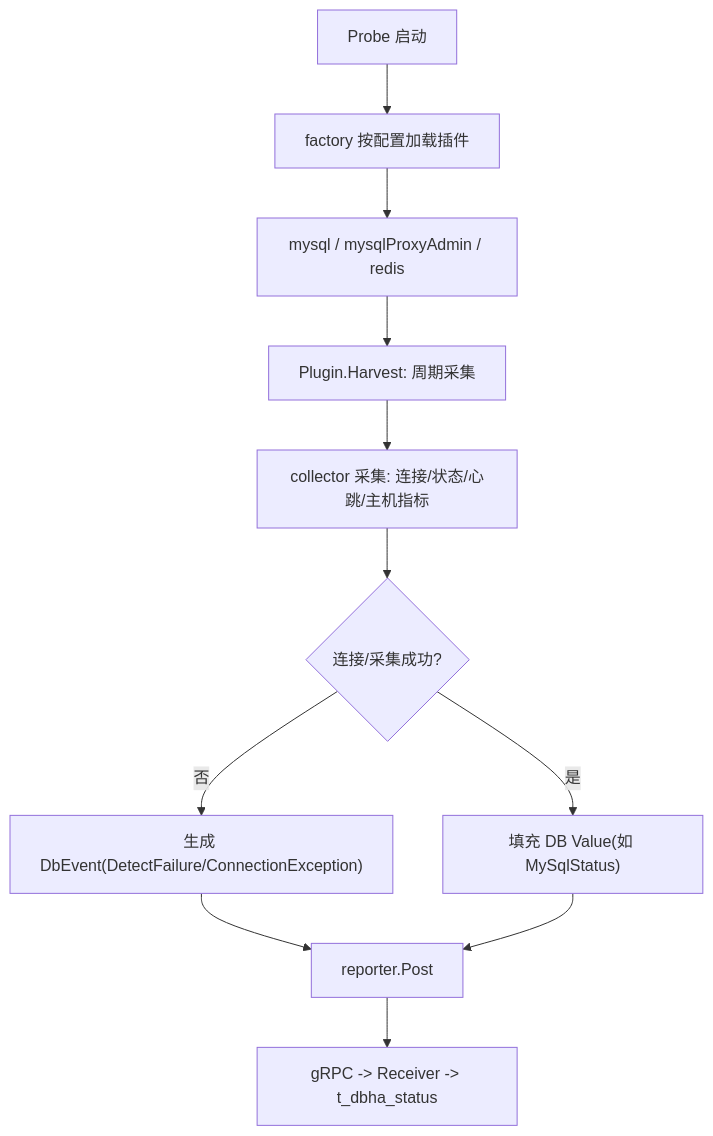
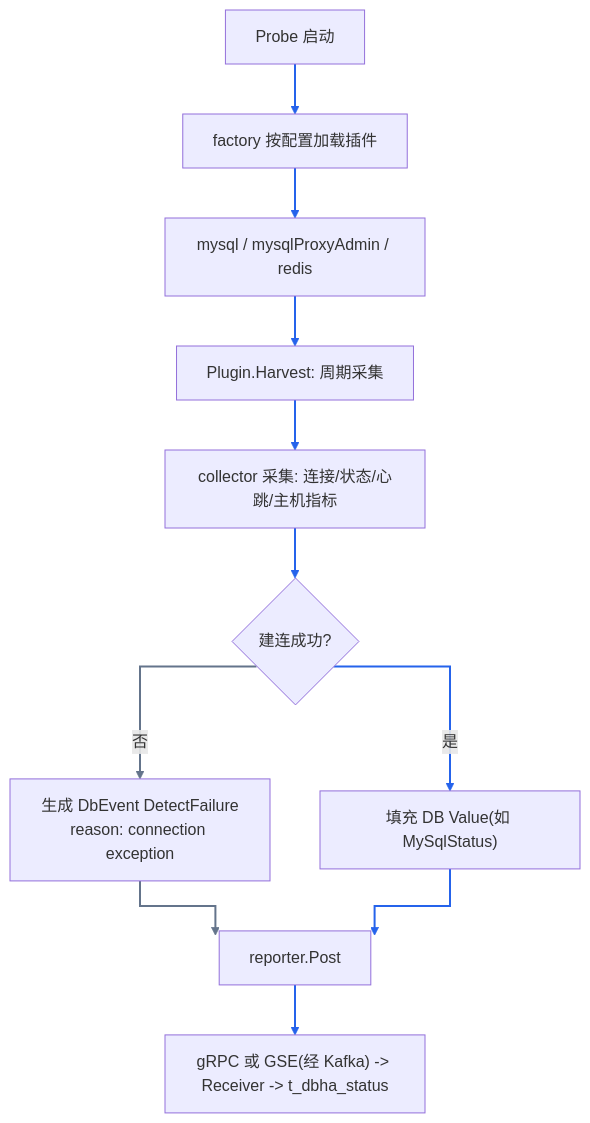
Before and after one commit to TencentBlueKing/blueking-dbm: the first of 2 diagrams in dbm-services/common/dbha-v2/docs/detection/detection-doc-index.md, drawn with Mermaid. The commit also changed other lines of this file and 8 other files, not shown here.

Commit message:
docs(dbha-v2): refine enter-window docs and Mermaid flowcharts. issue: #19000

````diff
--- a/dbm-services/common/dbha-v2/docs/detection/detection-doc-index.md
+++ b/dbm-services/common/dbha-v2/docs/detection/detection-doc-index.md
@@ -62,13 +27,21 @@
 ```mermaid
+---
+config:
+  flowchart:
+    curve: stepAfter
+---
 flowchart TD
   start["Probe 启动"] --> factory["factory 按配置加载插件"]
   factory --> plugins["mysql / mysqlProxyAdmin / redis"]
   plugins --> harvest["Plugin.Harvest: 周期采集"]
   harvest --> collect["collector 采集: 连接/状态/心跳/主机指标"]
-  collect --> okCheck{"连接/采集成功?"}
-  okCheck -->|"否"| event["生成 DbEvent(DetectFailure/ConnectionException)"]
-  okCheck -->|"是"| value["填充 DB Value(如 MySqlStatus)"]
+  collect --> connOk{"建连成功?"}
+  connOk -->|"否"| event["生成 DbEvent DetectFailure\nreason: connection exception"]
+  connOk -->|"是"| value["填充 DB Value(如 MySqlStatus)"]
   event --> report["reporter.Post"]
   value --> report
-  report --> sink["gRPC -> Receiver -> t_dbha_status"]
+  report --> sink["gRPC 或 GSE(经 Kafka) -> Receiver -> t_dbha_status"]
+
+  linkStyle 0,1,2,3,4,6,8,9 stroke:#2563eb,stroke-width:2px
+  linkStyle 5,7 stroke:#64748b,stroke-width:2px
 ```
````
